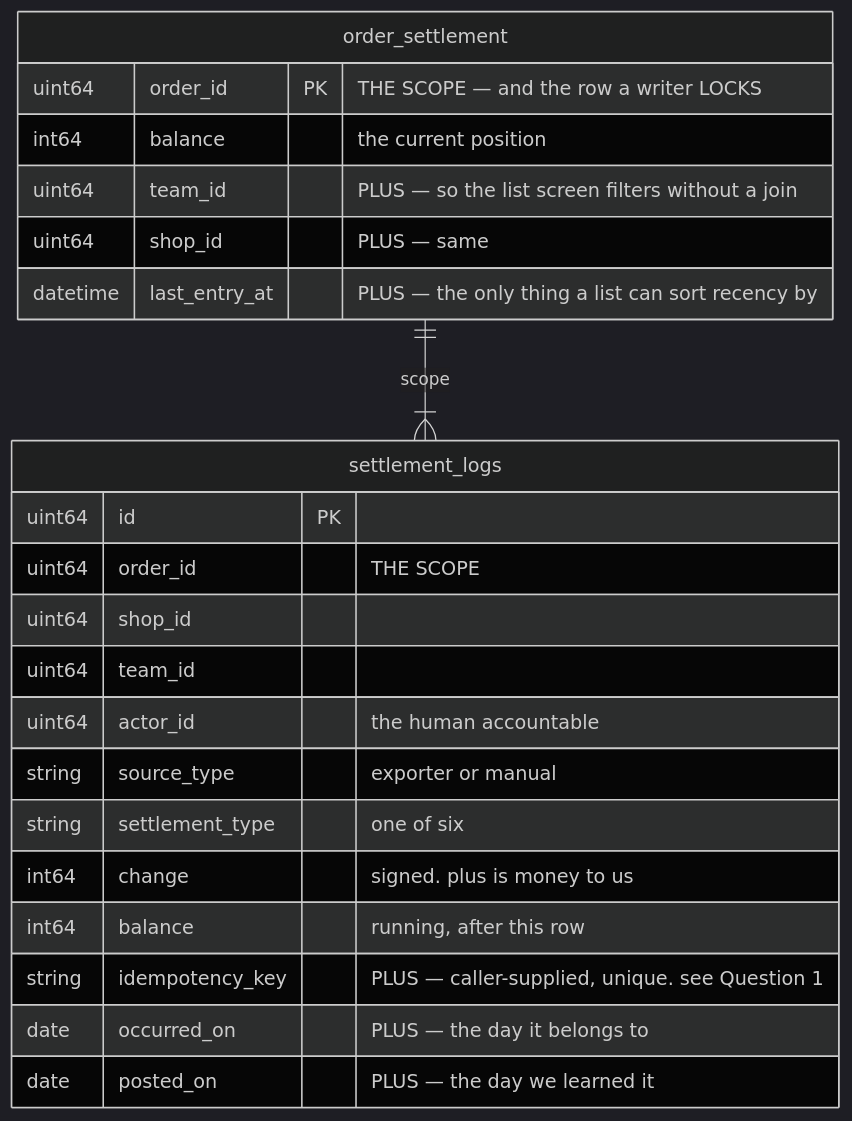
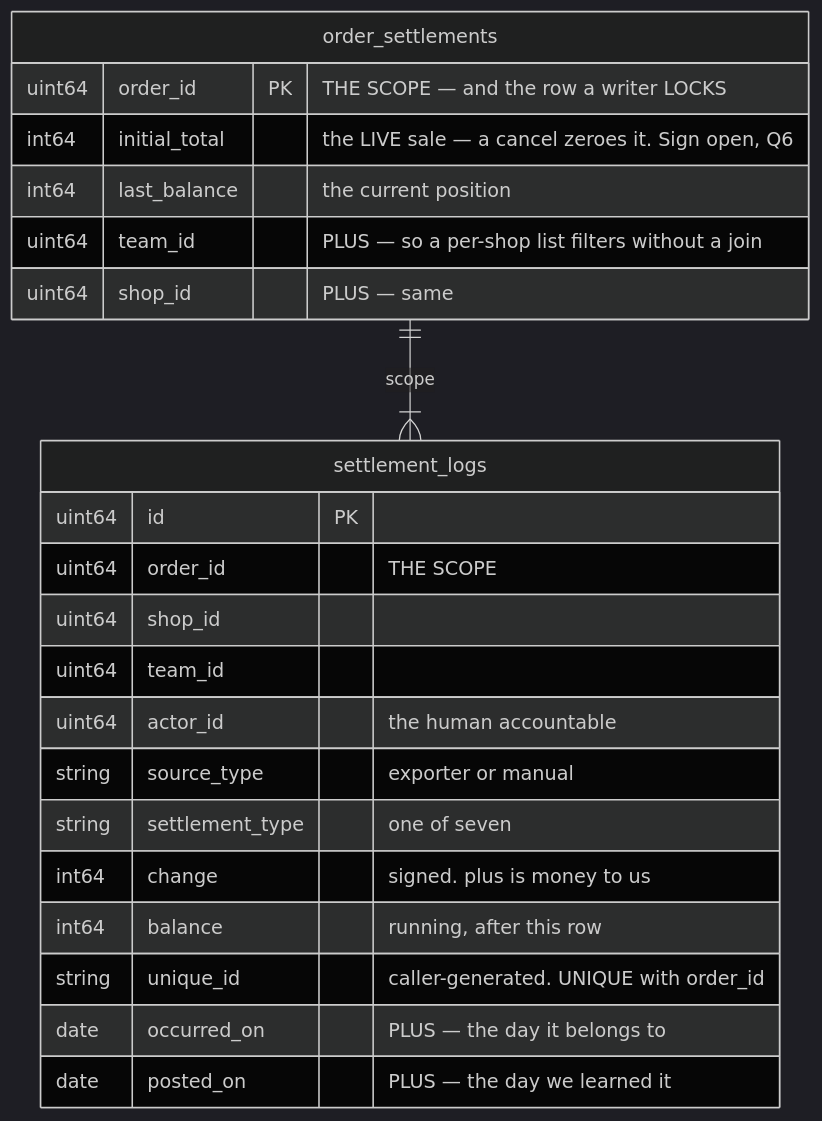
Before and after one commit to pdcgo/warehouse_revamp: the second of 6 diagrams in docs/business/settlement/context_clarify.md, drawn with Mermaid (dark theme). The commit also changed other lines of this file and 221 other files, not shown here.

````diff
--- a/docs/business/settlement/context_clarify.md
+++ b/docs/business/settlement/context_clarify.md
@@ -139,27 +218,27 @@
 ```mermaid
 erDiagram
   log[settlement_logs] {
     uint64 id PK
     uint64 order_id "THE SCOPE"
     uint64 shop_id
     uint64 team_id
     uint64 actor_id "the human accountable"
     string source_type "exporter or manual"
-    string settlement_type "one of six"
+    string settlement_type "one of seven"
     int64 change "signed. plus is money to us"
     int64 balance "running, after this row"
-    string idempotency_key "PLUS — caller-supplied, unique. see Question 1"
+    string unique_id "caller-generated. UNIQUE with order_id"
     date occurred_on "PLUS — the day it belongs to"
     date posted_on "PLUS — the day we learned it"
   }
 
-  st[order_settlement] {
+  st[order_settlements] {
     uint64 order_id PK "THE SCOPE — and the row a writer LOCKS"
-    int64 balance "the current position"
-    uint64 team_id "PLUS — so the list screen filters without a join"
+    int64 initial_total "the LIVE sale — a cancel zeroes it. Sign open, Q6"
+    int64 last_balance "the current position"
+    uint64 team_id "PLUS — so a per-shop list filters without a join"
     uint64 shop_id "PLUS — same"
-    datetime last_entry_at "PLUS — the only thing a list can sort recency by"
   }
 
   st ||--|{ log : scope
 ```
````
